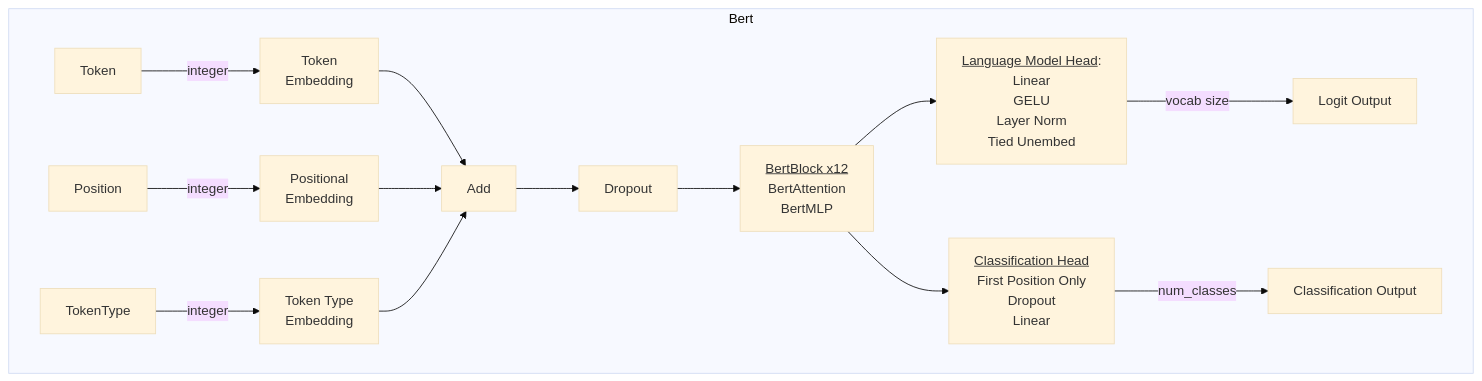
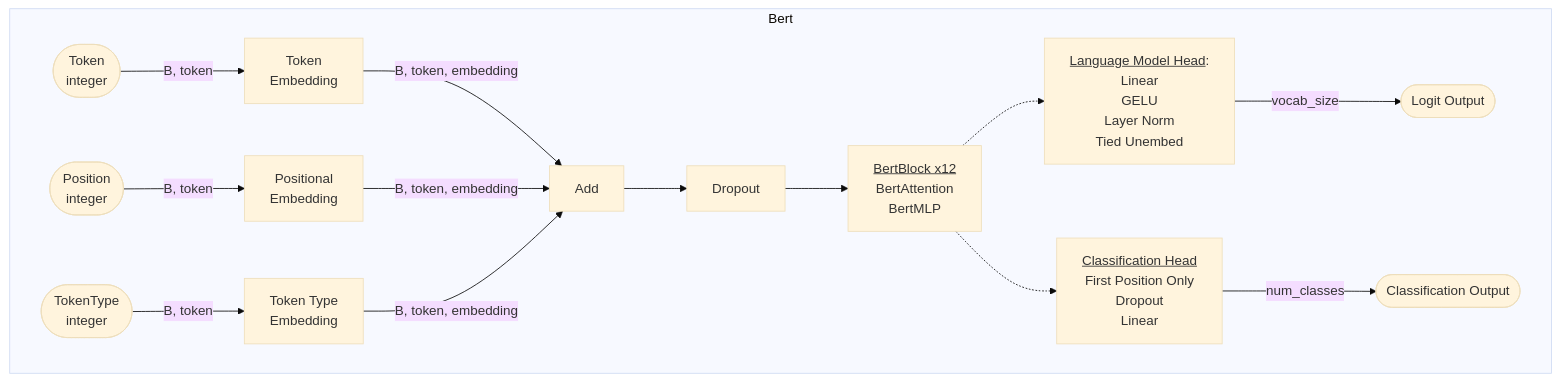
Before and after one commit to tsvikas/pytorch-from-scratch: the first of 2 diagrams in src/pytorch_from_scratch/p04_BERT/architecture.md, drawn with Mermaid (base theme). The commit also changed other lines of this file, not shown here.

Commit message:
docs: improve bert architecture

````diff
--- a/src/pytorch_from_scratch/p04_BERT/architecture.md
+++ b/src/pytorch_from_scratch/p04_BERT/architecture.md
@@ -1,9 +1,23 @@
 ```mermaid
 graph TD
     subgraph Bert
-        Token --> |integer|TokenEmbed[Token<br>Embedding] --> AddEmbed[Add] --> Dropout --> BertBlocks[<u>BertBlock x12</u><br>BertAttention<br>BertMLP] --> Final[<u>Language Model Head</u>:<br>Linear<br>GELU<br>Layer Norm<br>Tied Unembed]--> |vocab size|Output[Logit Output]
-        Position --> |integer|PosEmbed[Positional<br>Embedding] --> AddEmbed
-        TokenType --> |integer|TokenTypeEmb[Token Type<br>Embedding] --> AddEmbed
-        BertBlocks --> ClsHead[<u>Classification Head</u><br>First Position Only<br>Dropout<br>Linear] --> |num_classes|ClsOutput[Classification Output]
+        Token([Token<br>integer])
+        -->|B, token| TokenEmbed[Token<br>Embedding]
+        -->|B, token, embedding| AddEmbed
+        Position([Position<br>integer])
+        -->|B, token| PosEmbed[Positional<br>Embedding]
+        -->|B, token, embedding| AddEmbed
+        TokenType([TokenType<br>integer])
+        -->|B, token| TokenTypeEmb[Token Type<br>Embedding]
+        -->|B, token, embedding| AddEmbed
+        AddEmbed[Add]
+        --> Dropout
+        --> BertBlocks[<u>BertBlock x12</u><br>BertAttention<br>BertMLP]
+        BertBlocks
+        -.-> Final[<u>Language Model Head</u>:<br>Linear<br>GELU<br>Layer Norm<br>Tied Unembed]
+        -->|vocab_size| Output([Logit Output])
+        BertBlocks
+        -.-> ClsHead[<u>Classification Head</u><br>First Position Only<br>Dropout<br>Linear]
+        -->|num_classes| ClsOutput([Classification Output])
     end
 ```
````
